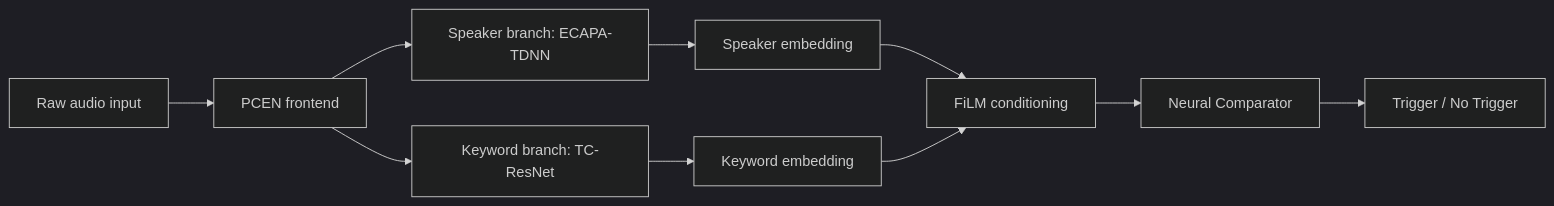
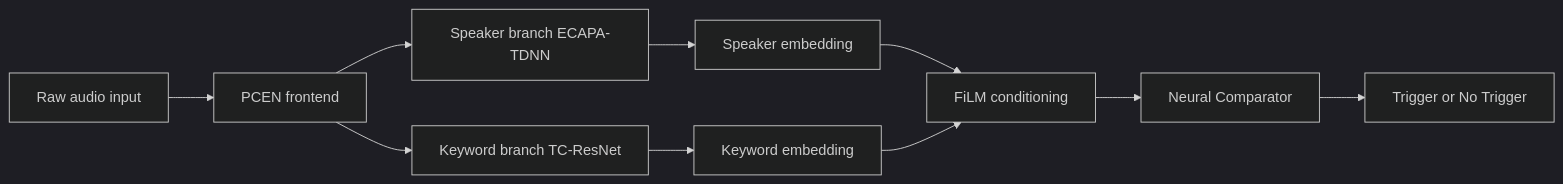
Before and after one commit to Nishchal-29/Speaker-Conditioned-Target-KWS: the first of 4 diagrams in docs/ax.md, drawn with Mermaid (dark theme). The commit also changed other lines of this file, not shown here.

````diff
--- a/docs/ax.md
+++ b/docs/ax.md
@@ -40,15 +38,15 @@
 ```mermaid
 flowchart LR
     A[Raw audio input] --> B[PCEN frontend]
-    B --> C1[Speaker branch: ECAPA-TDNN]
-    B --> C2[Keyword branch: TC-ResNet]
+    B --> C1[Speaker branch ECAPA-TDNN]
+    B --> C2[Keyword branch TC-ResNet]
 
     C1 --> D1[Speaker embedding]
     C2 --> D2[Keyword embedding]
 
     D1 --> E[FiLM conditioning]
     D2 --> E
 
     E --> F[Neural Comparator]
-    F --> G[Trigger / No Trigger]
+    F --> G[Trigger or No Trigger]
 ```
````
